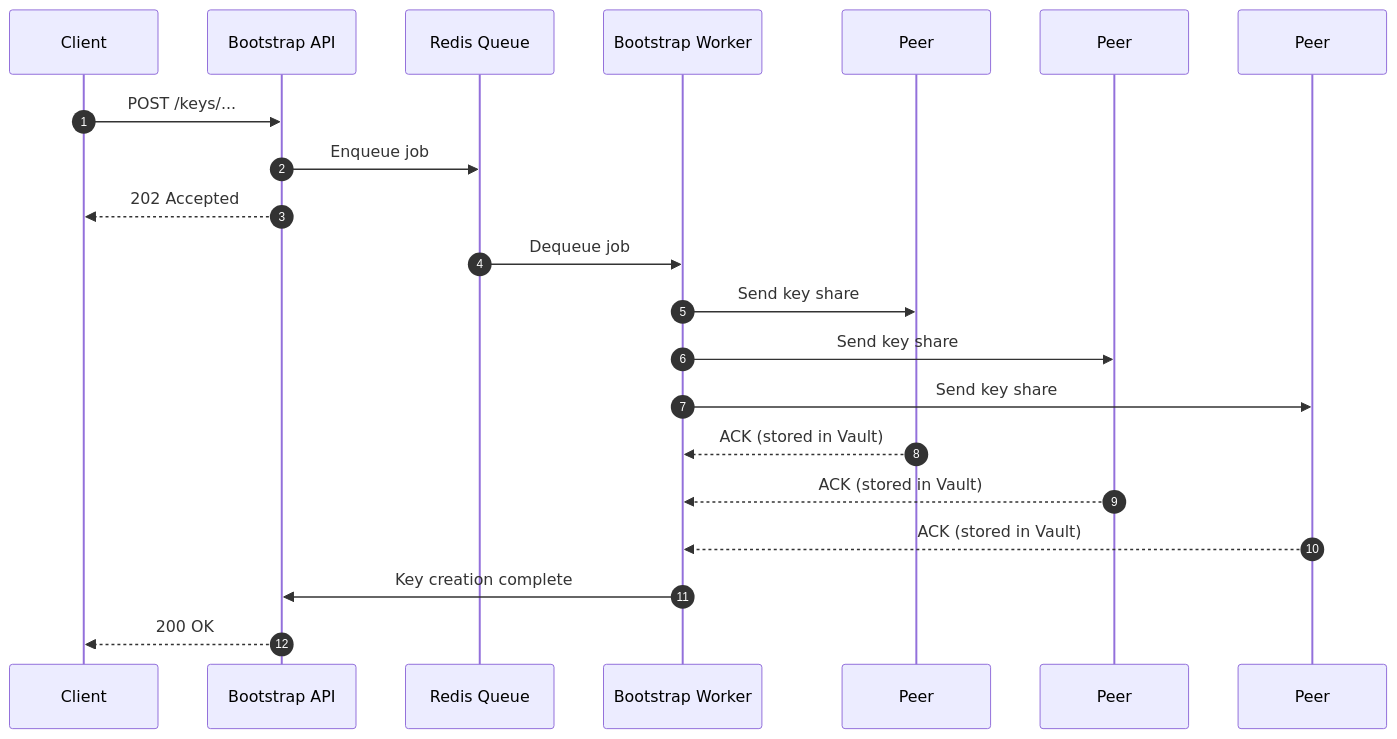
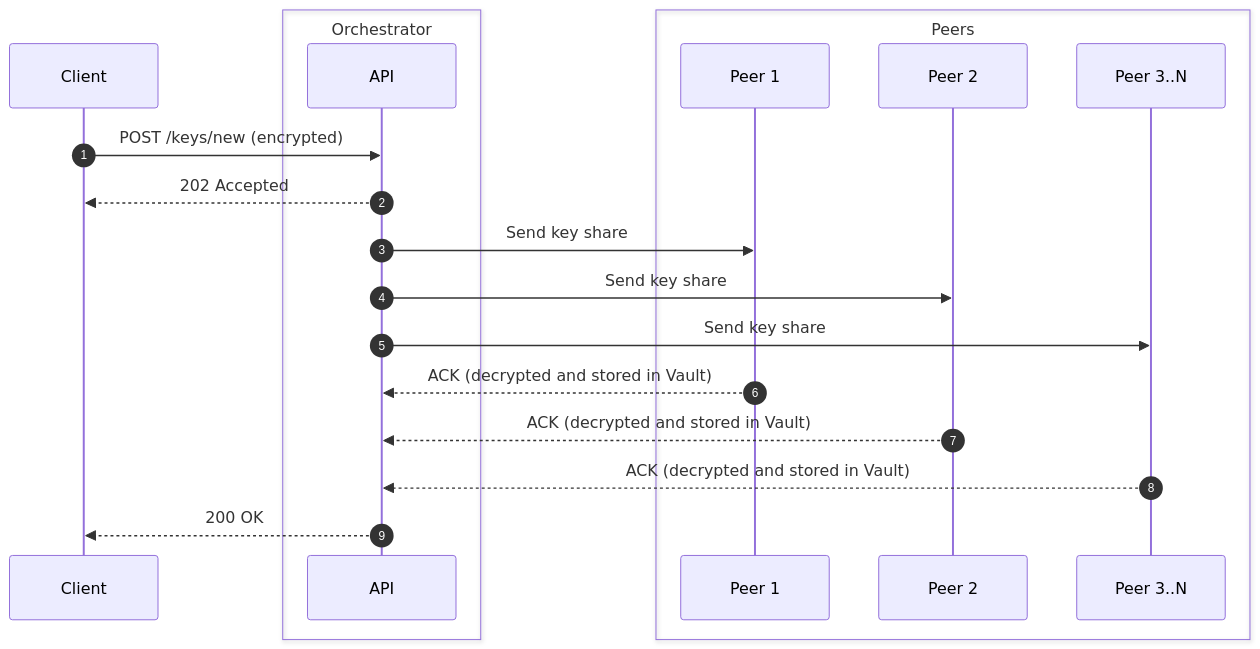
The first of 2 diagrams in README.md (shreeed-app/multi-party-computation-controller-api), drawn with Mermaid before and after one commit. The commit also changed other lines of this file, not shown here.

Commit message:
doc: updated readme schemas in order to match api structure

````diff
--- a/README.md
+++ b/README.md
@@ -9,27 +23,28 @@
 ```mermaid
 sequenceDiagram
     autonumber
     participant Client
-    participant API as Bootstrap API
-    participant Queue as Redis Queue
-    participant Worker as Bootstrap Worker
-    participant FirstPeer as Peer #1
-    participant SecondPeer as Peer #2
-    participant ThirdPeer as Peer #3
+    
+    box Orchestrator
+        participant API
+    end
+    
+    box Peers
+        participant FirstPeer as Peer 1
+        participant SecondPeer as Peer 2
+        participant NPeer as Peer 3..N
+    end
 
-    Client->>API: POST /keys/...
-    API->>Queue: Enqueue job
+    Client->>API: POST /keys/new (encrypted)
     API-->>Client: 202 Accepted
 
-    Queue->>Worker: Dequeue job
-    Worker->>FirstPeer: Send key share #1
-    Worker->>SecondPeer: Send key share #2
-    Worker->>ThirdPeer: Send key share #3
+    API->>FirstPeer: Send key share #1
+    API->>SecondPeer: Send key share #2
+    API->>NPeer: Send key share #3..N
 
-    FirstPeer-->>Worker: ACK (stored in Vault)
-    SecondPeer-->>Worker: ACK (stored in Vault)
-    ThirdPeer-->>Worker: ACK (stored in Vault)
+    FirstPeer-->>API: ACK (decrypted and stored in Vault)
+    SecondPeer-->>API: ACK (decrypted and stored in Vault)
+    NPeer-->>API: ACK (decrypted and stored in Vault)
 
-    Worker->>API: Key creation complete
     API-->>Client: 200 OK
 ```
````
